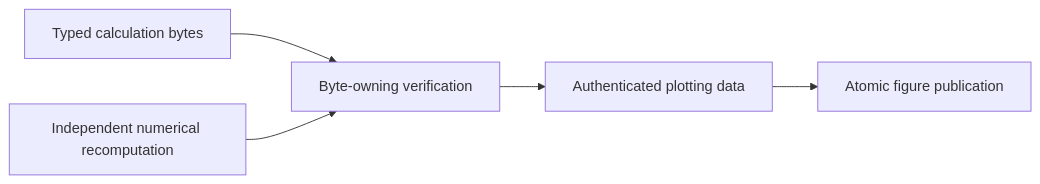
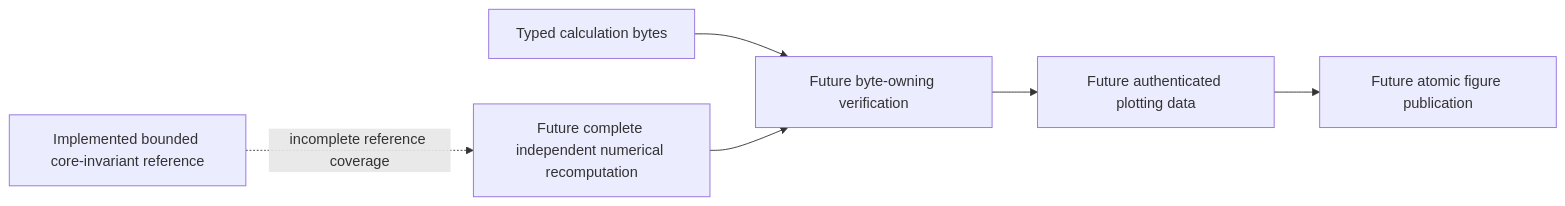
One commit to eragasa/ksdft2effmass changed the third of 4 diagrams in docs/architecture/v3/ksdft2effmass/periodic1d/higher_rank_alignment/schematics.md. Above: the diagram before and after it, drawn with Mermaid. The commit also changed other lines of this file and 31 other files, not shown here.

````diff
--- a/docs/architecture/v3/ksdft2effmass/periodic1d/higher_rank_alignment/schematics.md
+++ b/docs/architecture/v3/ksdft2effmass/periodic1d/higher_rank_alignment/schematics.md
@@ -78,12 +78,14 @@
 ```mermaid
 flowchart LR
     C[Typed calculation bytes]
-    I[Independent numerical recomputation]
-    V[Byte-owning verification]
-    D[Authenticated plotting data]
-    G[Atomic figure publication]
+    B[Implemented bounded core-invariant reference]
+    I[Future complete independent numerical recomputation]
+    V[Future byte-owning verification]
+    D[Future authenticated plotting data]
+    G[Future atomic figure publication]
 
     C --> V
+    B -. incomplete reference coverage .-> I
     I --> V
     V --> D --> G
 ```
````
